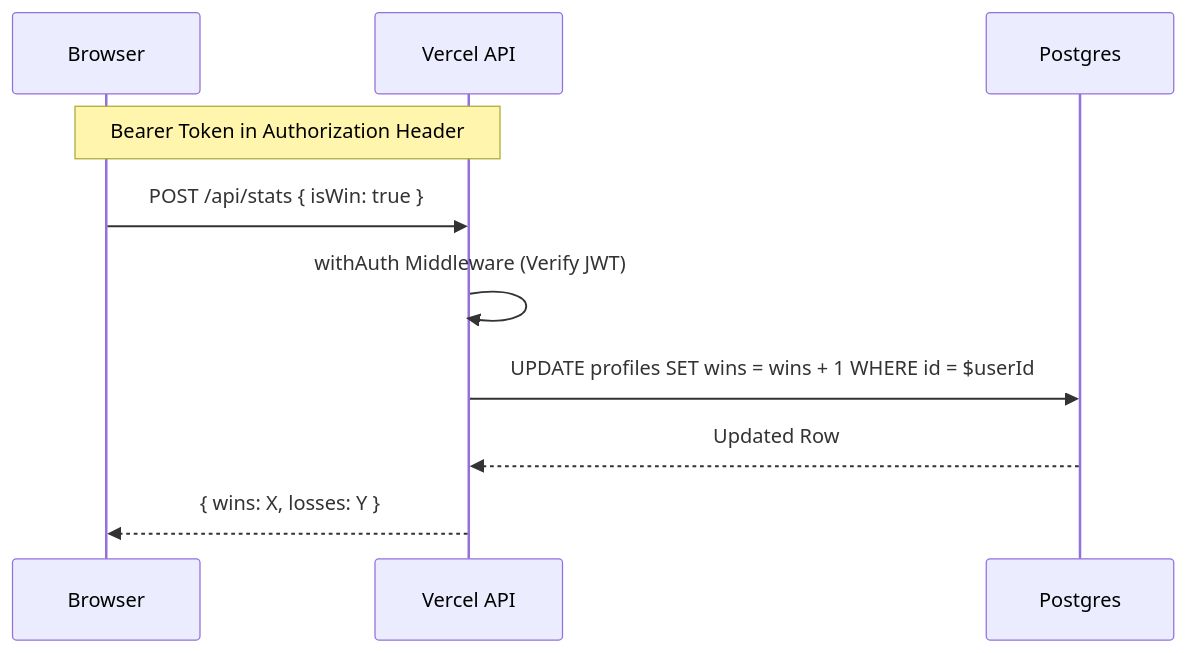
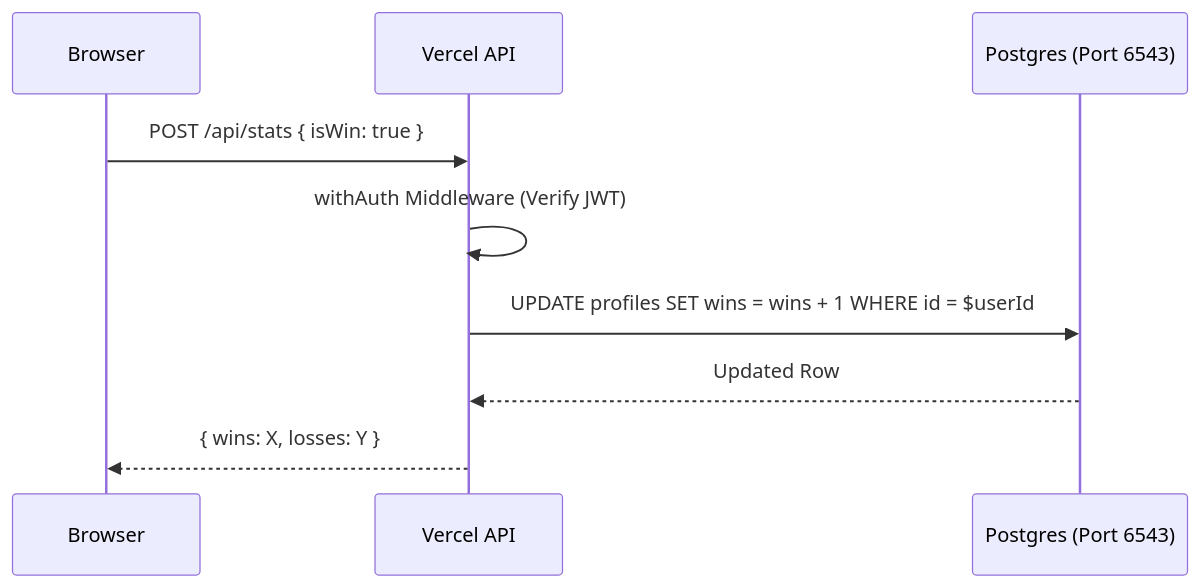
The third of 3 diagrams in docs/rfcs/0004-authentication-redesign-vercel.md (simon0191/a-los-traques), drawn with Mermaid before and after one commit. The commit also changed other lines of this file and 13 other files, not shown here.

````diff
--- a/docs/rfcs/0004-authentication-redesign-vercel.md
+++ b/docs/rfcs/0004-authentication-redesign-vercel.md
@@ -77,13 +65,12 @@
 ```mermaid
 sequenceDiagram
     participant B as Browser
     participant V as Vercel API
-    participant D as Postgres
+    participant D as Postgres (Port 6543)
 
-    Note over B,V: Bearer Token in Authorization Header
     B->>V: POST /api/stats { isWin: true }
     V->>V: withAuth Middleware (Verify JWT)
     V->>D: UPDATE profiles SET wins = wins + 1 WHERE id = $userId
     D-->>V: Updated Row
     V-->>B: { wins: X, losses: Y }
 ```
````
